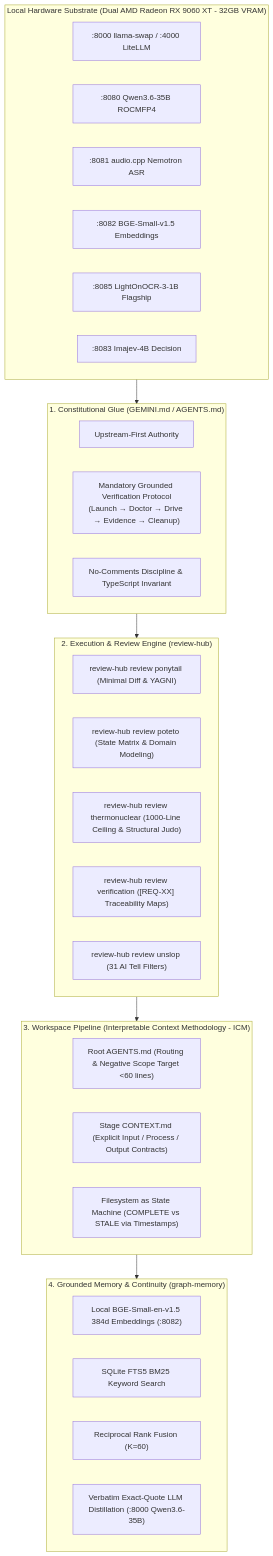
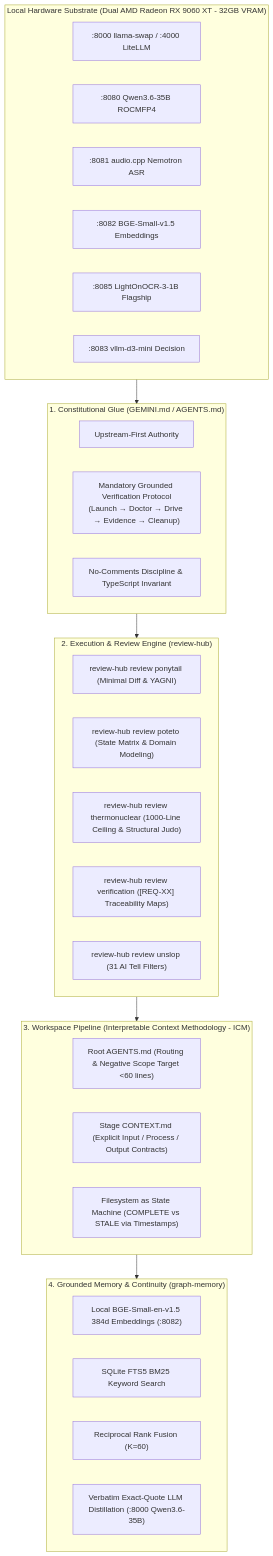
Before and after one commit to rodritimecoder/workstation-clis: the diagram in README.md, drawn with Mermaid. The commit also changed other lines of this file and 105 other files, not shown here.

````diff
--- a/README.md
+++ b/README.md
@@ -16,43 +16,43 @@
 ```mermaid
 flowchart TD
     subgraph L1["1. Constitutional Glue (GEMINI.md / AGENTS.md)"]
         G1["Upstream-First Authority"]
         G2["Mandatory Grounded Verification Protocol<br/>(Launch → Doctor → Drive → Evidence → Cleanup)"]
         G3["No-Comments Discipline & TypeScript Invariant"]
     end
 
     subgraph L2["2. Execution & Review Engine (review-hub)"]
         D1["review-hub review ponytail (Minimal Diff & YAGNI)"]
         D2["review-hub review poteto (State Matrix & Domain Modeling)"]
         D3["review-hub review thermonuclear (1000-Line Ceiling & Structural Judo)"]
         D4["review-hub review verification ([REQ-XX] Traceability Maps)"]
         D5["review-hub review unslop (31 AI Tell Filters)"]
     end
 
     subgraph L3["3. Workspace Pipeline (Interpretable Context Methodology - ICM)"]
         I1["Root AGENTS.md (Routing & Negative Scope Target &lt;60 lines)"]
         I2["Stage CONTEXT.md (Explicit Input / Process / Output Contracts)"]
         I3["Filesystem as State Machine (COMPLETE vs STALE via Timestamps)"]
     end
 
     subgraph L4["4. Grounded Memory & Continuity (graph-memory)"]
         M1["Local BGE-Small-en-v1.5 384d Embeddings (:8082)"]
         M2["SQLite FTS5 BM25 Keyword Search"]
         M3["Reciprocal Rank Fusion (K=60)"]
         M4["Verbatim Exact-Quote LLM Distillation (:8000 Qwen3.6-35B)"]
     end
 
     subgraph HW["Local Hardware Substrate (Dual AMD Radeon RX 9060 XT - 32GB VRAM)"]
         P1[":8000 llama-swap / :4000 LiteLLM"]
         P2[":8080 Qwen3.6-35B ROCMFP4"]
         P3[":8081 audio.cpp Nemotron ASR"]
         P4[":8082 BGE-Small-v1.5 Embeddings"]
         P5[":8085 LightOnOCR-3-1B Flagship"]
-        P6[":8083 Imajev-4B Decision"]
+        P6[":8083 vllm-d3-mini Decision"]
     end
 
     HW --> L1
     L1 --> L2
     L2 --> L3
     L3 --> L4
 ```
````
